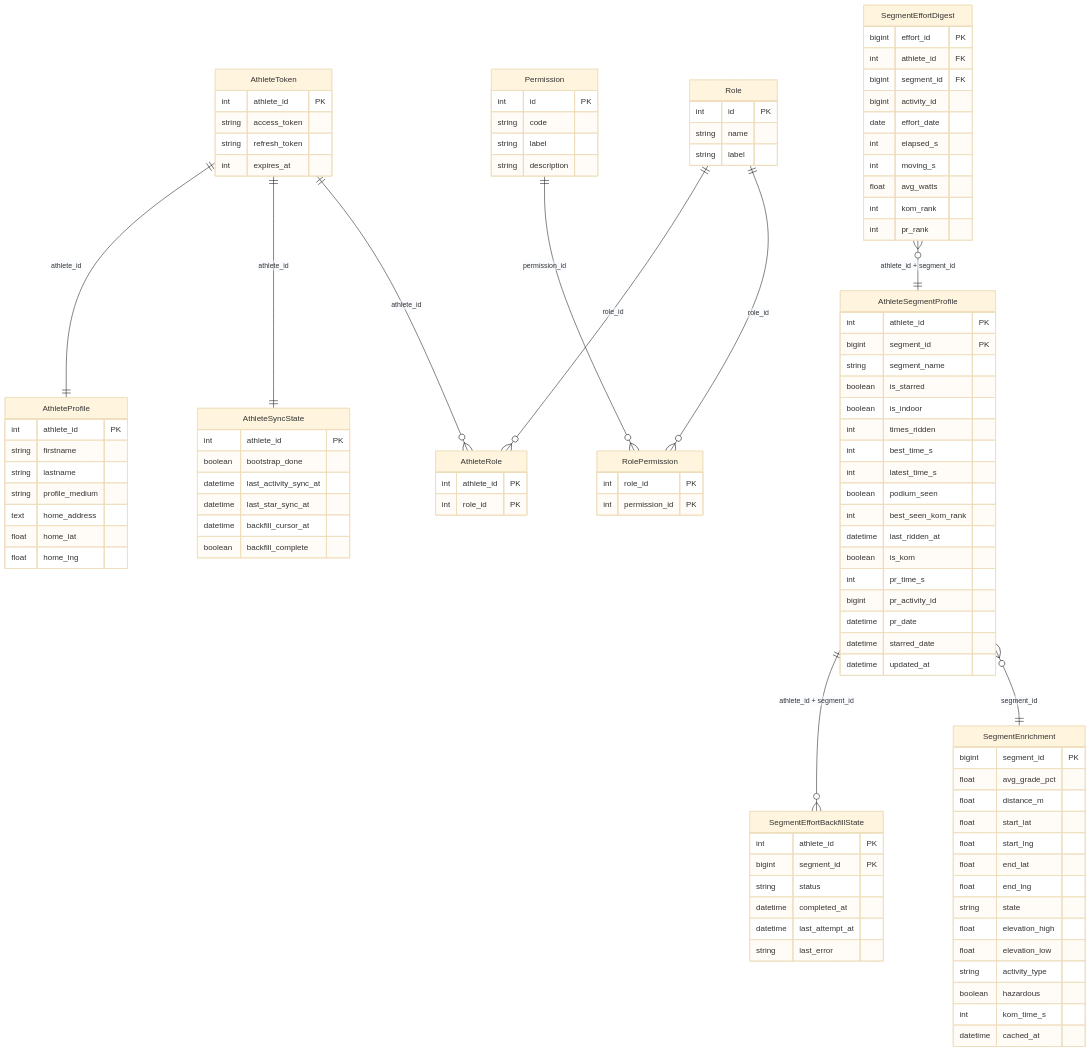
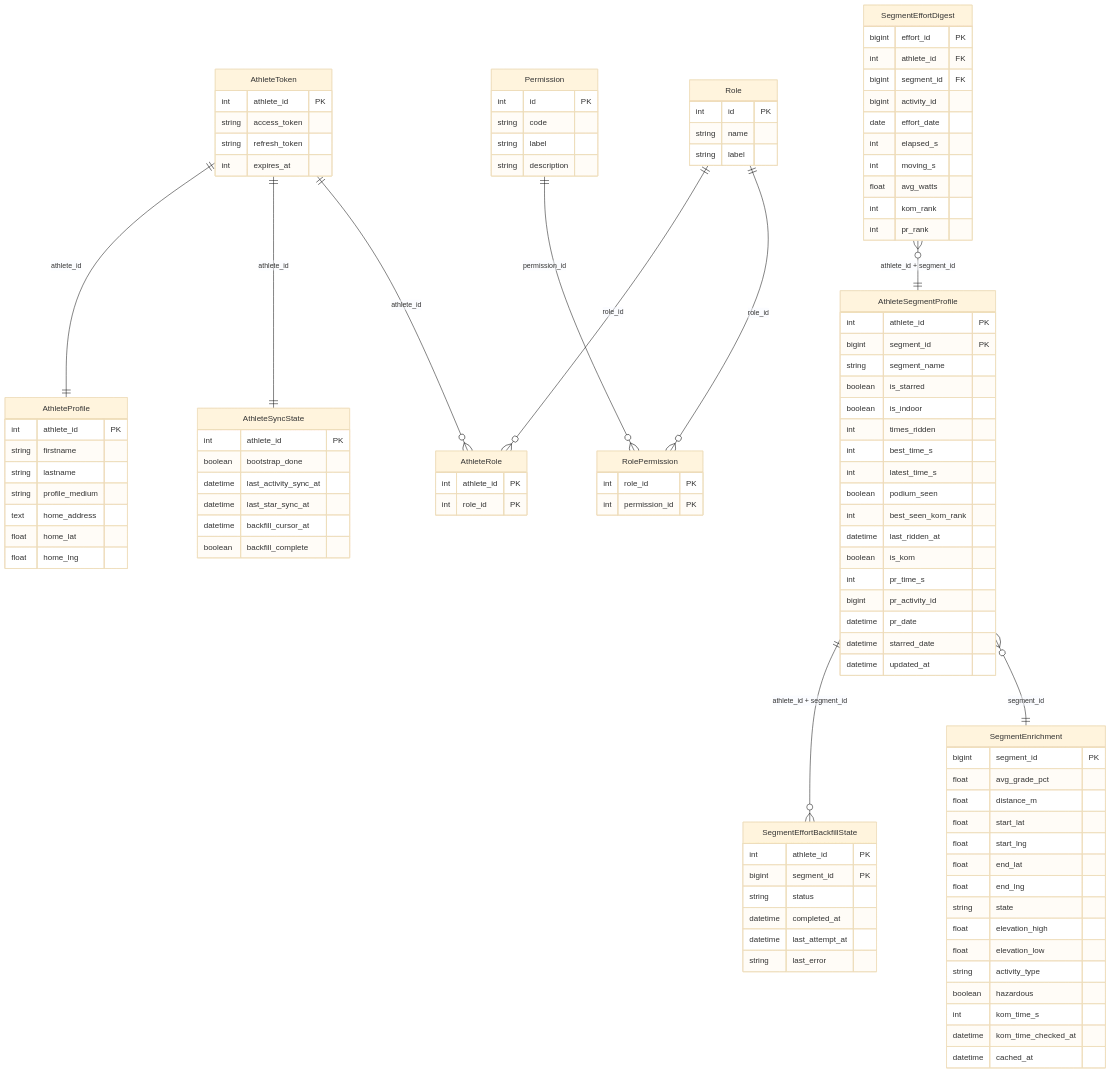
One commit to mazoo/training-tools changed the diagram in docs/DATA_MODELS.md. Above: the diagram before and after it, drawn with Mermaid (base theme). The commit also changed other lines of this file and 10 other files, not shown here.

```diff
--- a/docs/DATA_MODELS.md
+++ b/docs/DATA_MODELS.md
@@ -286,6 +287,7 @@
         string activity_type
         boolean hazardous
         int kom_time_s
+        datetime kom_time_checked_at
         datetime cached_at
     }
 
```
